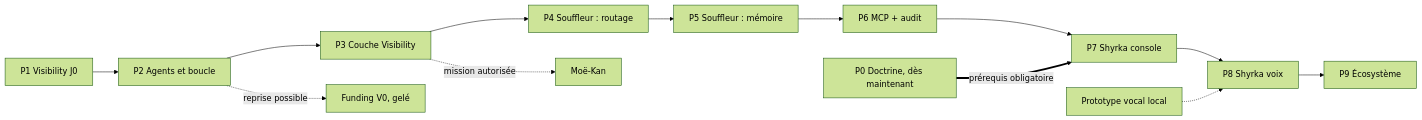
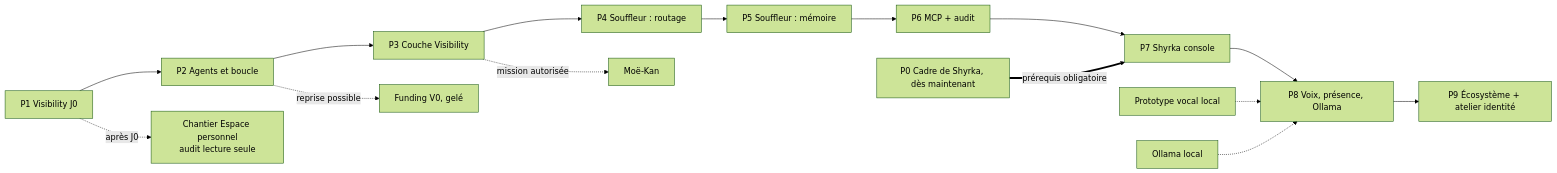
Before and after one commit to OolalaDXB/OIA: the second of 2 diagrams in docs/roadmap-oia-shyrka-souffleur.md, drawn with Mermaid (forest theme). The commit also changed other lines of this file and 46 other files, not shown here.

````diff
--- a/docs/roadmap-oia-shyrka-souffleur.md
+++ b/docs/roadmap-oia-shyrka-souffleur.md
@@ -71,8 +72,10 @@
 ```mermaid
 flowchart LR
-  P1["P1 Visibility J0"] --> P2["P2 Agents et boucle"] --> P3["P3 Couche Visibility"] --> P4["P4 Souffleur : routage"] --> P5["P5 Souffleur : mémoire"] --> P6["P6 MCP + audit"] --> P7["P7 Shyrka console"] --> P8["P8 Shyrka voix"] --> P9["P9 Écosystème"]
-  P0["P0 Doctrine, dès maintenant"] ==>|prérequis obligatoire| P7
+  P1["P1 Visibility J0"] --> P2["P2 Agents et boucle"] --> P3["P3 Couche Visibility"] --> P4["P4 Souffleur : routage"] --> P5["P5 Souffleur : mémoire"] --> P6["P6 MCP + audit"] --> P7["P7 Shyrka console"] --> P8["P8 Voix, présence, Ollama"] --> P9["P9 Écosystème + atelier identité"]
+  P0["P0 Cadre de Shyrka, dès maintenant"] ==>|prérequis obligatoire| P7
   VL["Prototype vocal local"] -.-> P8
+  OL["Ollama local"] -.-> P8
   P2 -.->|reprise possible| FV["Funding V0, gelé"]
   P3 -.->|mission autorisée| MK["Moë-Kan"]
+  P1 -.->|après J0| EP["Chantier Espace personnel<br/>audit lecture seule"]
 ```
````
